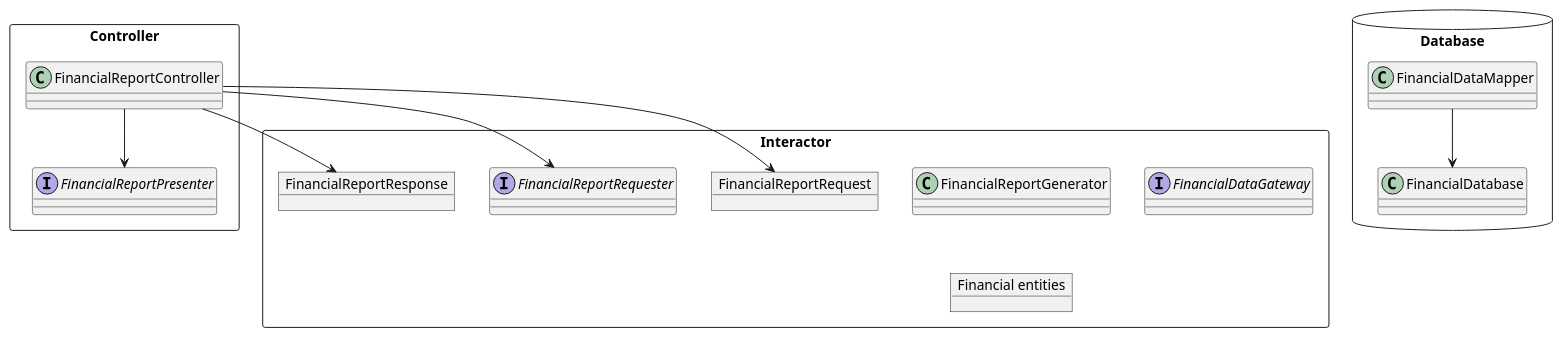
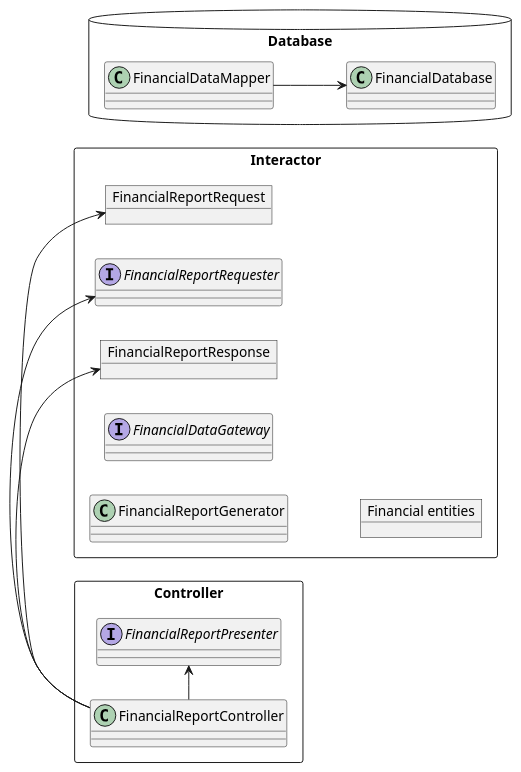
Before and after one commit to huland/logseq-notes: the third of 3 diagrams in pages/Robert C. Martin - Clean Architecture A Craftsman's Guide to Software Structure and Design.md, drawn with PlantUML.

Commit message:
Auto saved by Logseq

```diff
--- a/pages/Robert C. Martin - Clean Architecture A Craftsman's Guide to Software Structure and Design.md
+++ b/pages/Robert C. Martin - Clean Architecture A Craftsman's Guide to Software Structure and Design.md
@@ -203,27 +203,29 @@
 				  @startuml
+				  
+				  left to right direction
 				  
 				  rectangle Interactor {
 				    object FinancialReportRequest
 				    interface FinancialReportRequester
 				    object FinancialReportResponse
 				    class FinancialReportGenerator
 				    interface FinancialDataGateway
 				    object "Financial entities" as FinancialEntities
 				  }
 				  
 				  rectangle Controller {
 				    class FinancialReportController 
 				    interface FinancialReportPresenter
 				  }
 				  database Database {
 				    class FinancialDataMapper 
 				    class FinancialDatabase
 				  }
 				  
 				  
-				  FinancialReportController --> FinancialReportPresenter
-				  FinancialReportController --> FinancialReportRequest
-				  FinancialReportController --> FinancialReportRequester
-				  FinancialReportController --> FinancialReportResponse
+				  FinancialReportController -> FinancialReportPresenter
+				  FinancialReportController -> FinancialReportRequest
+				  FinancialReportController -> FinancialReportRequester
+				  FinancialReportController -> FinancialReportResponse
 				  FinancialDataMapper --> FinancialDatabase
 				  @enduml
```
